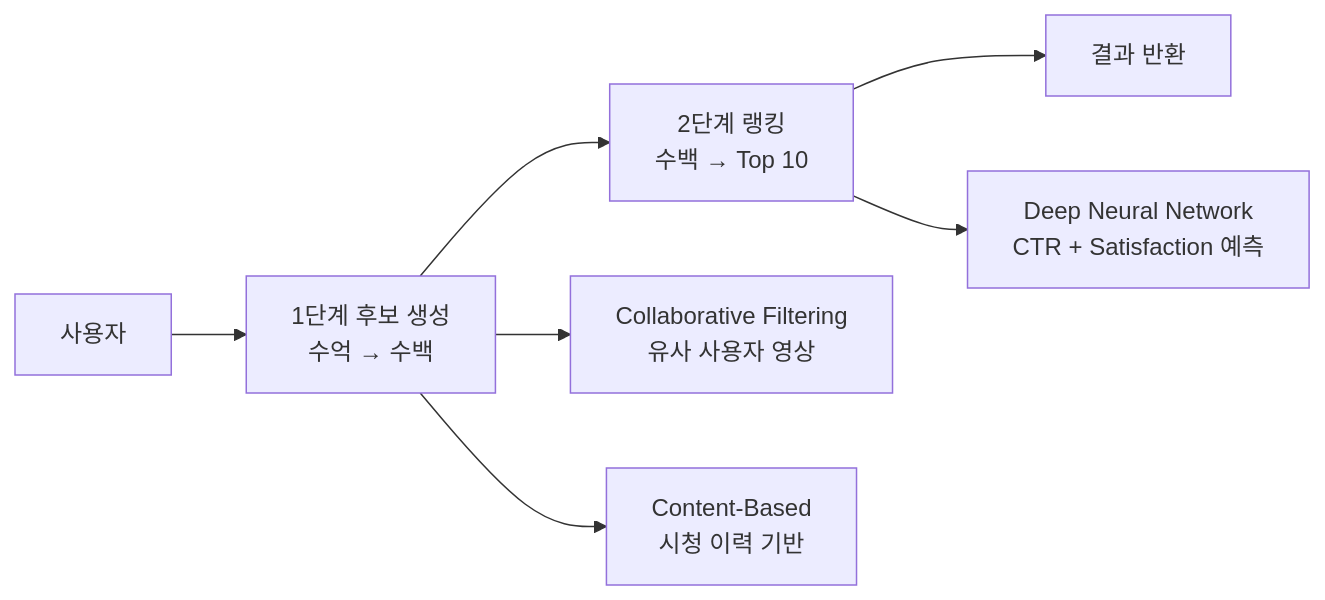
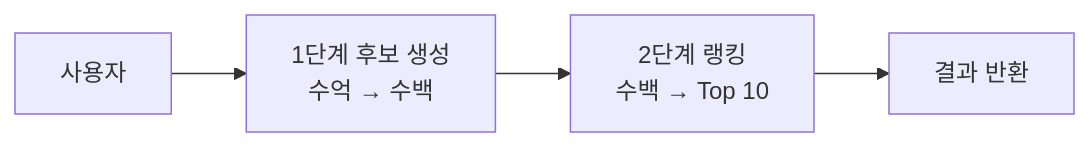
One commit to yjkim2015/yjkim2015.github.io changed the eighth of 11 diagrams in _posts/systemdesign/2026-05-03-system-design-video-streaming.md. Above: the diagram before and after it, drawn with Mermaid. The commit also changed other lines of this file and 132 other files, not shown here.

First line of the commit message:
Mermaid 다이어그램 가독성 정리: 단순 제거, 노드 축소, TD→LR 변환

````diff
--- a/_posts/systemdesign/2026-05-03-system-design-video-streaming.md
+++ b/_posts/systemdesign/2026-05-03-system-design-video-streaming.md
@@ -561,9 +557,6 @@
 ```mermaid
 flowchart LR
     USER[사용자] --> CAN[1단계 후보 생성<br/>수억 → 수백]
     CAN --> RNK[2단계 랭킹<br/>수백 → Top 10]
     RNK --> RES[결과 반환]
-    CAN --> CF[Collaborative Filtering<br/>유사 사용자 영상]
-    CAN --> CB[Content-Based<br/>시청 이력 기반]
-    RNK --> DNN[Deep Neural Network<br/>CTR + Satisfaction 예측]
 ```
````
